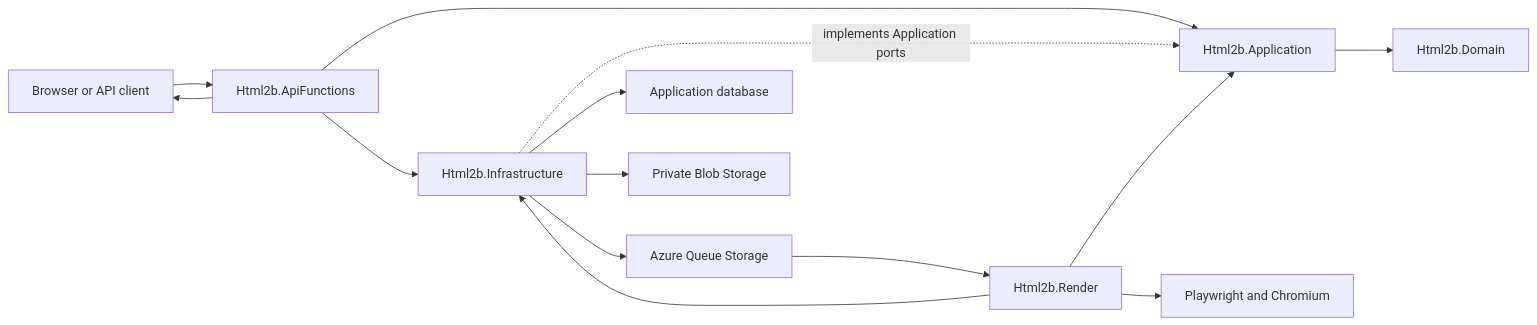
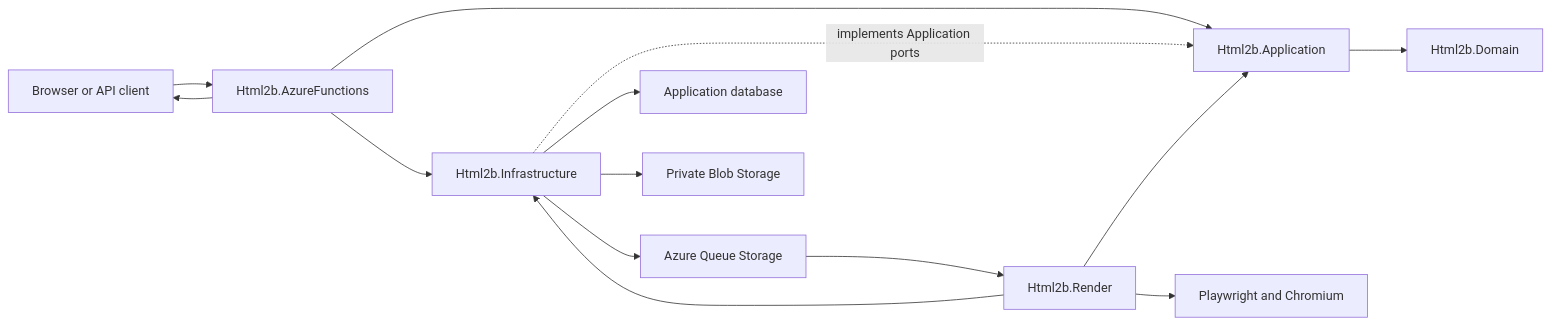
Before and after one commit to george-pov/html2b: the first of 2 diagrams in docs/api/architecture.md, drawn with Mermaid. The commit also changed other lines of this file and 12 other files, not shown here.

Commit message:
Renamed ApiFunctions to AzureFunctions

````diff
--- a/docs/api/architecture.md
+++ b/docs/api/architecture.md
@@ -74,16 +74,16 @@
 ```mermaid
 flowchart LR
-    Caller["Browser or API client"] --> Api["Html2b.ApiFunctions"]
+    Caller["Browser or API client"] --> Api["Html2b.AzureFunctions"]
     Api --> App["Html2b.Application"]
     Api --> Infra["Html2b.Infrastructure"]
     App --> Domain["Html2b.Domain"]
     Infra -.->|implements Application ports| App
     Infra --> Sql["Application database"]
     Infra --> Blob["Private Blob Storage"]
     Infra --> Queue["Azure Queue Storage"]
     Queue --> Render["Html2b.Render"]
     Render --> App
     Render --> Chromium["Playwright and Chromium"]
     Render --> Infra
     Api --> Caller
 ```
````
